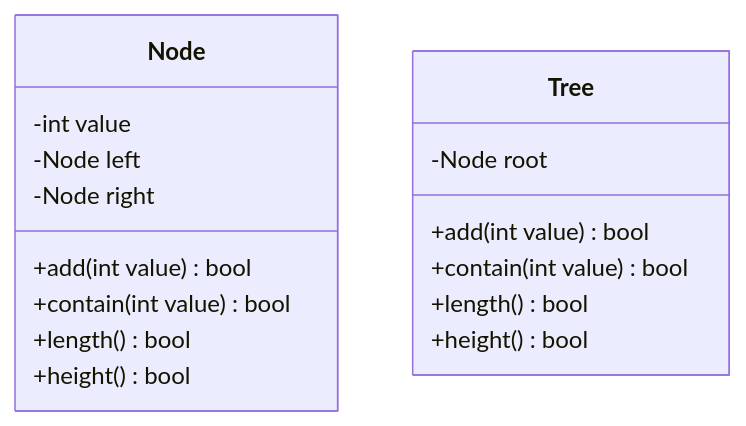
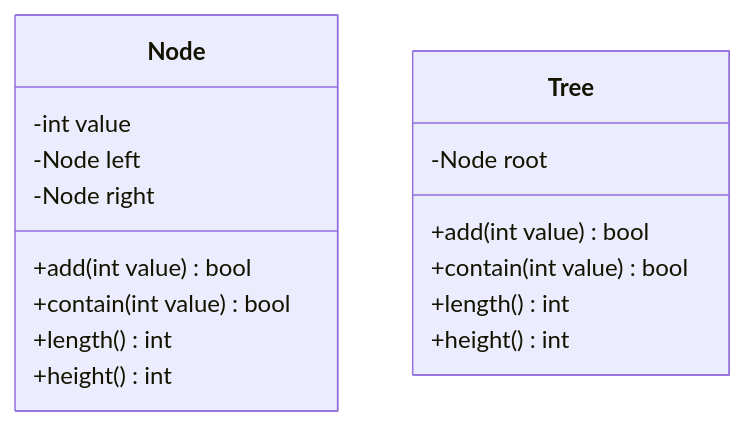
Before and after one commit to KaiserMovet/BST_100: the diagram in README.md, drawn with Mermaid.

````diff
--- a/README.md
+++ b/README.md
@@ -17,22 +17,22 @@
 ```mermaid
 classDiagram
 class Node {
     -int value
     -Node left
     -Node right
 
     +add(int value) bool
     +contain(int value) bool
-    +length() bool
-    +height() bool
+    +length() int
+    +height() int
 }
 
 class Tree {
     -Node root
 
     +add(int value) bool
     +contain(int value) bool
-    +length() bool
-    +height() bool
+    +length() int
+    +height() int
 }
 ```
````
